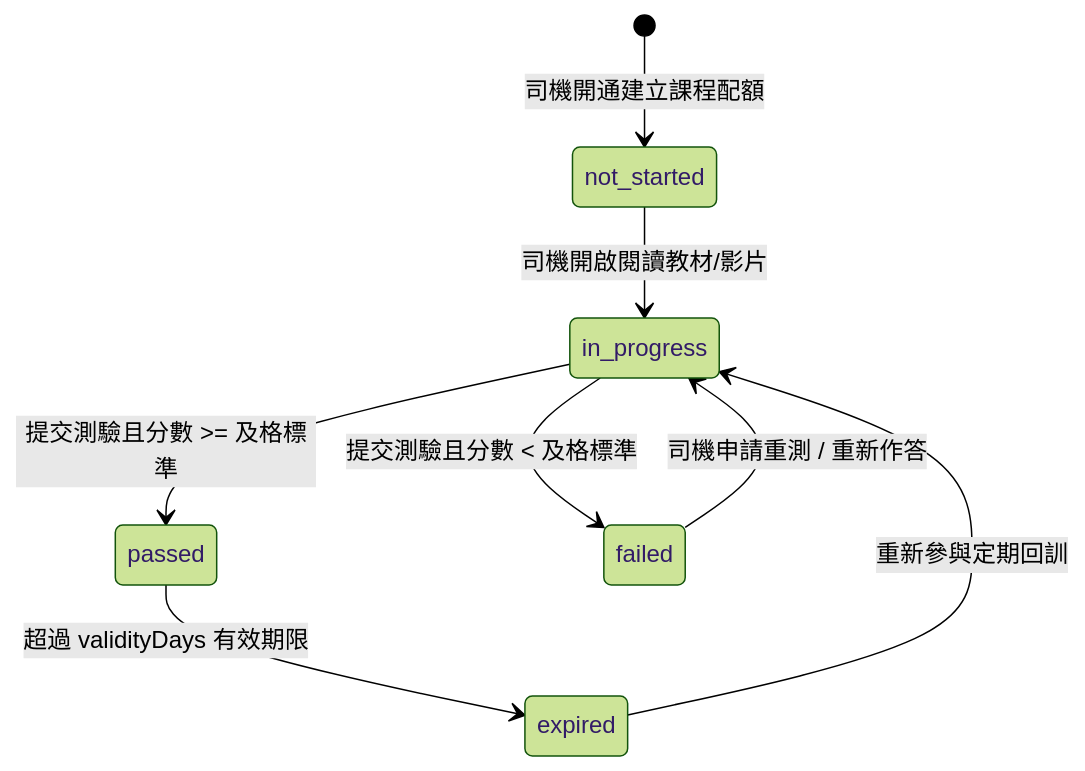
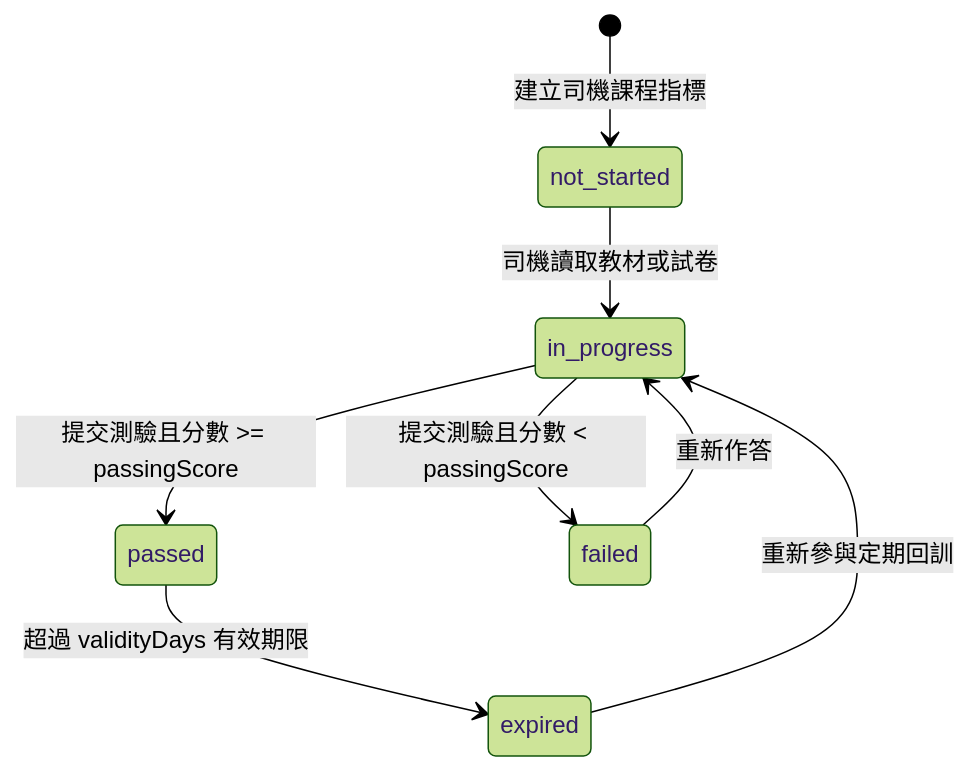
One commit to ajoe734/drts-fleet-platform changed the second of 2 diagrams in docs/04-uat/system-remediation-20260906/feature-contracts.md. Above: the diagram before and after it, drawn with Mermaid (forest theme). The commit also changed other lines of this file and 2 other files, not shown here.

````diff
--- a/docs/04-uat/system-remediation-20260906/feature-contracts.md
+++ b/docs/04-uat/system-remediation-20260906/feature-contracts.md
@@ -231,10 +292,10 @@
 ```mermaid
 stateDiagram-v2
-    [*] --> not_started : 司機開通建立課程配額
-    not_started --> in_progress : 司機開啟閱讀教材/影片
-    in_progress --> passed : 提交測驗且分數 >= 及格標準
-    in_progress --> failed : 提交測驗且分數 < 及格標準
-    failed --> in_progress : 司機申請重測 / 重新作答
+    [*] --> not_started : 建立司機課程指標
+    not_started --> in_progress : 司機讀取教材或試卷
+    in_progress --> passed : 提交測驗且分數 >= passingScore
+    in_progress --> failed : 提交測驗且分數 < passingScore
+    failed --> in_progress : 重新作答
     passed --> expired : 超過 validityDays 有效期限
     expired --> in_progress : 重新參與定期回訓
 ```
````
